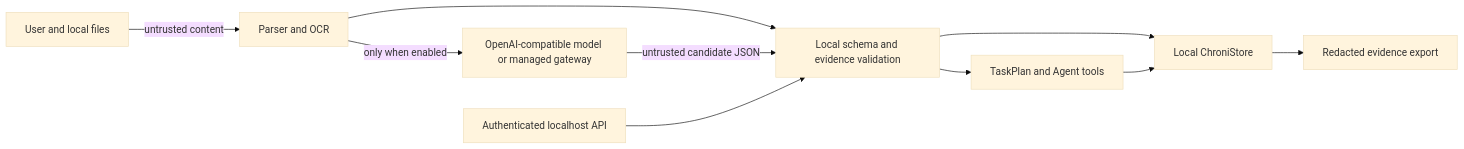
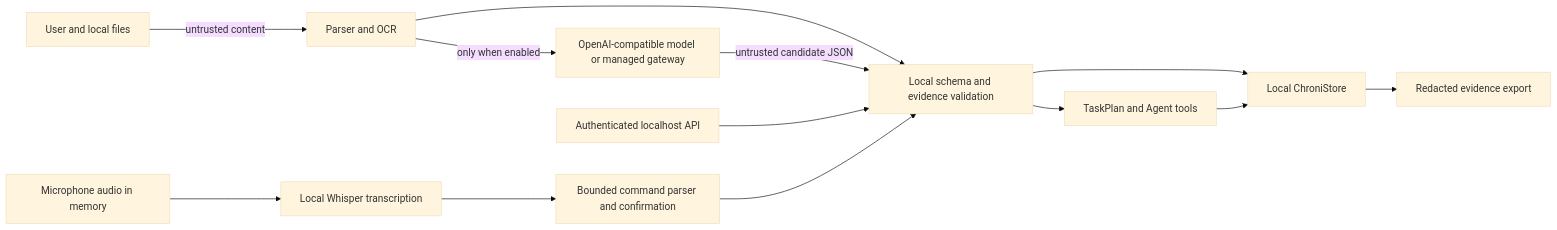
One commit to miracle121388-a11y/chroni changed the diagram in docs/security/threat-model.md. Above: the diagram before and after it, drawn with Mermaid (base theme). The commit also changed other lines of this file and 31 other files, not shown here.

````diff
--- a/docs/security/threat-model.md
+++ b/docs/security/threat-model.md
@@ -9,12 +9,15 @@
 ```mermaid
 flowchart LR
   U["User and local files"] -->|untrusted content| P["Parser and OCR"]
   P --> V["Local schema and evidence validation"]
   V --> S["Local ChroniStore"]
   P -->|only when enabled| L["OpenAI-compatible model or managed gateway"]
   L -->|untrusted candidate JSON| V
   A["Authenticated localhost API"] --> V
   V --> G["TaskPlan and Agent tools"]
   G --> S
+  M["Microphone audio in memory"] --> W["Local Whisper transcription"]
+  W --> C["Bounded command parser and confirmation"]
+  C --> V
   S --> E["Redacted evidence export"]
 ```
````
